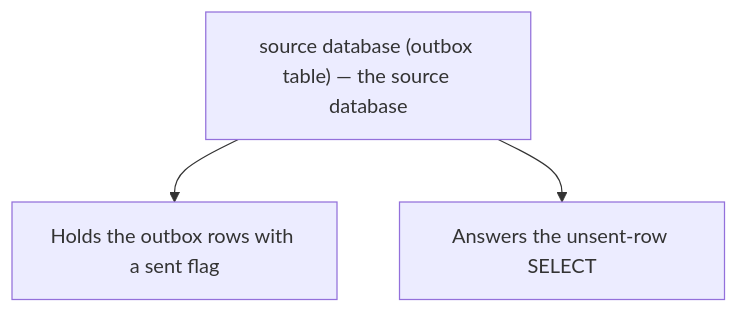
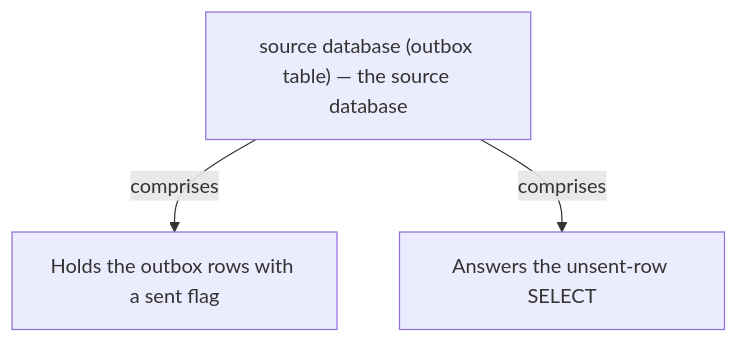
One commit to vinayakuber/microservices-io-study-guide changed the fourth of 13 diagrams in docs/ch12-polling-publisher.md. Above: the diagram before and after it, drawn with Mermaid. The commit also changed other lines of this file and 71 other files, not shown here.

First line of the commit message:
R18: label every diagram arrow with its meaning

````diff
--- a/docs/ch12-polling-publisher.md
+++ b/docs/ch12-polling-publisher.md
@@ -175,6 +175,6 @@
 ```mermaid
 flowchart TD
   R["source database (outbox table) — the source database"]
-  R --> P0["Holds the outbox rows with a sent flag"]
-  R --> P1["Answers the unsent-row SELECT"]
+  R -->|"comprises"| P0["Holds the outbox rows with a sent flag"]
+  R -->|"comprises"| P1["Answers the unsent-row SELECT"]
 ```
````
